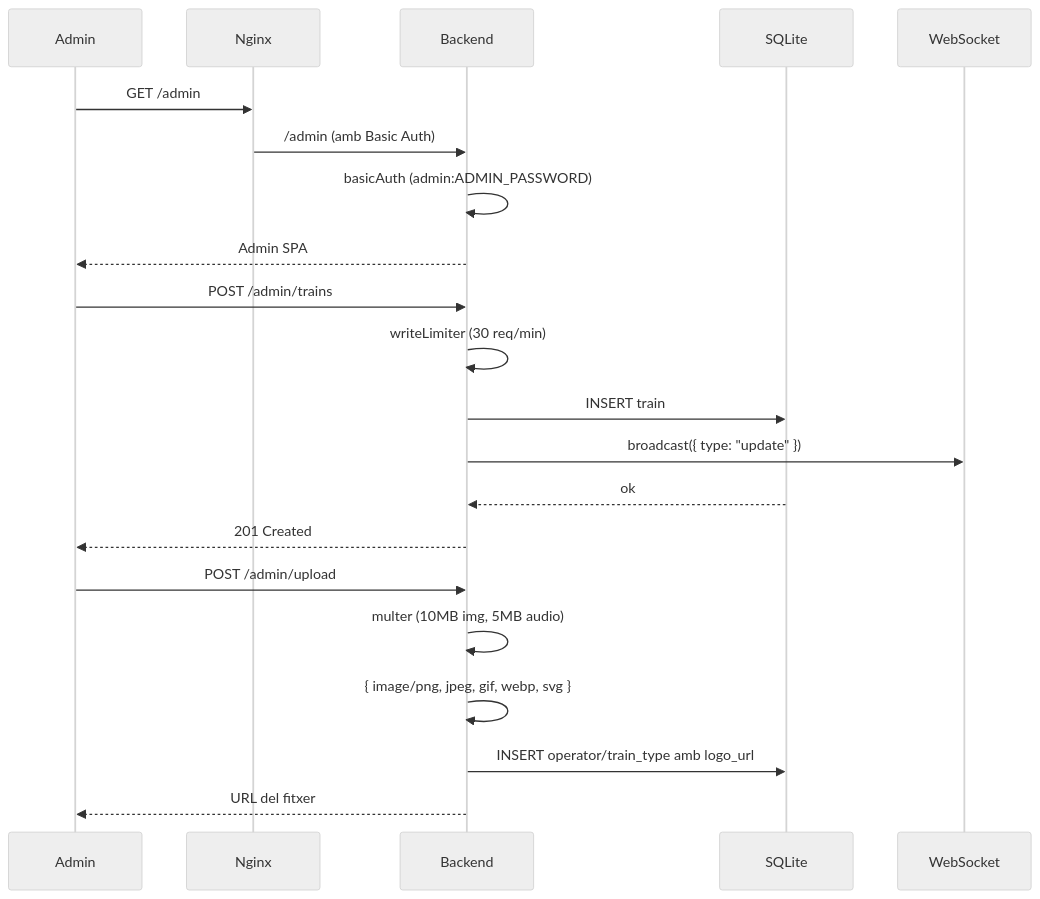
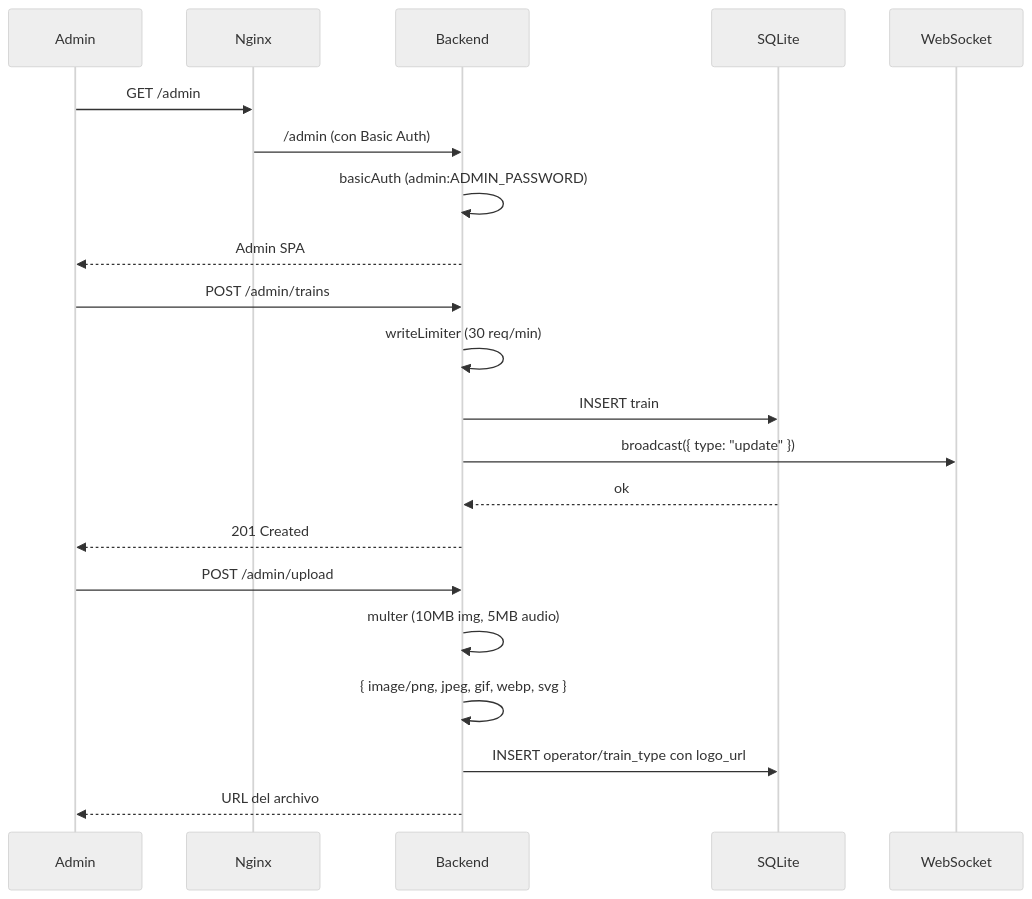
One commit to andreums/railboard changed the sixth of 6 diagrams in docs/architecture.md. Above: the diagram before and after it, drawn with Mermaid (neutral theme). The commit also changed other lines of this file and 9 other files, not shown here.

````diff
--- a/docs/architecture.md
+++ b/docs/architecture.md
@@ -228,26 +228,26 @@
 ```mermaid
 sequenceDiagram
     participant A as Admin
     participant N as Nginx
     participant BE as Backend
     participant DB as SQLite
     participant WS as WebSocket
 
     A->>N: GET /admin
-    N->>BE: /admin (amb Basic Auth)
+    N->>BE: /admin (con Basic Auth)
     BE->>BE: basicAuth (admin:ADMIN_PASSWORD)
     BE-->>A: Admin SPA
 
     A->>BE: POST /admin/trains
     BE->>BE: writeLimiter (30 req/min)
     BE->>DB: INSERT train
     BE->>WS: broadcast({ type: "update" })
     DB-->>BE: ok
     BE-->>A: 201 Created
 
     A->>BE: POST /admin/upload
     BE->>BE: multer (10MB img, 5MB audio)
     BE->>BE: { image/png, jpeg, gif, webp, svg }
-    BE->>DB: INSERT operator/train_type amb logo_url
-    BE-->>A: URL del fitxer
+    BE->>DB: INSERT operator/train_type con logo_url
+    BE-->>A: URL del archivo
 ```
````
